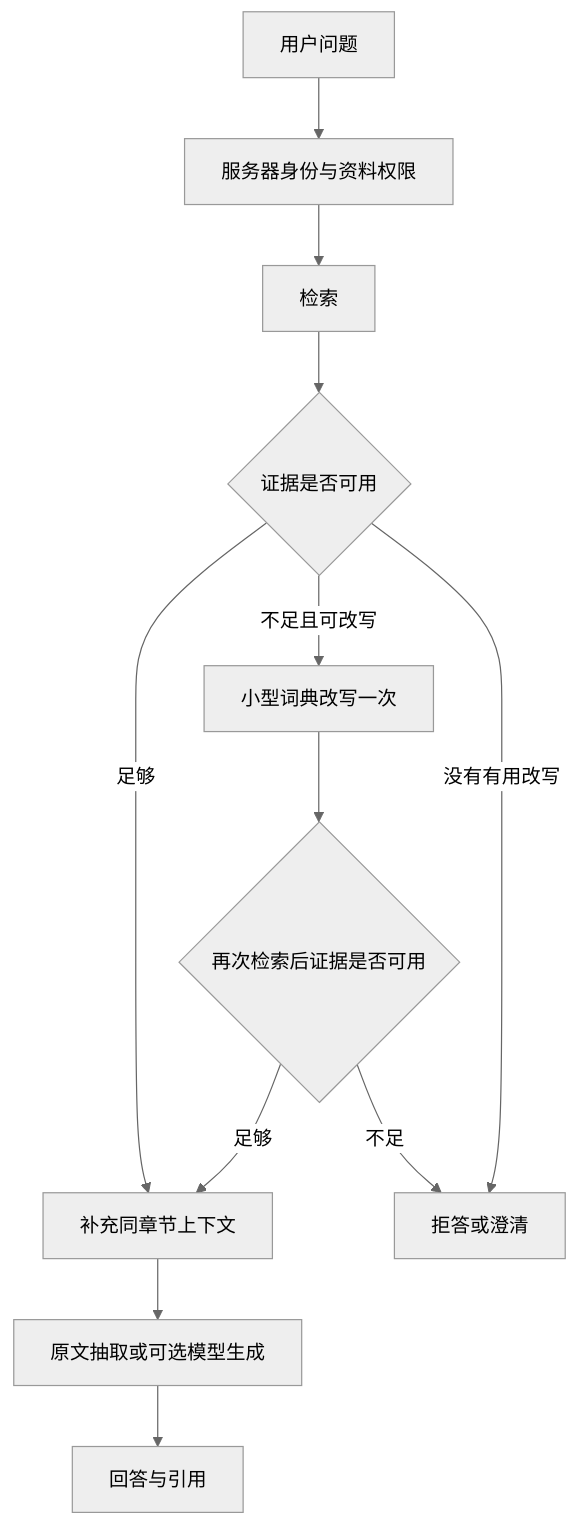
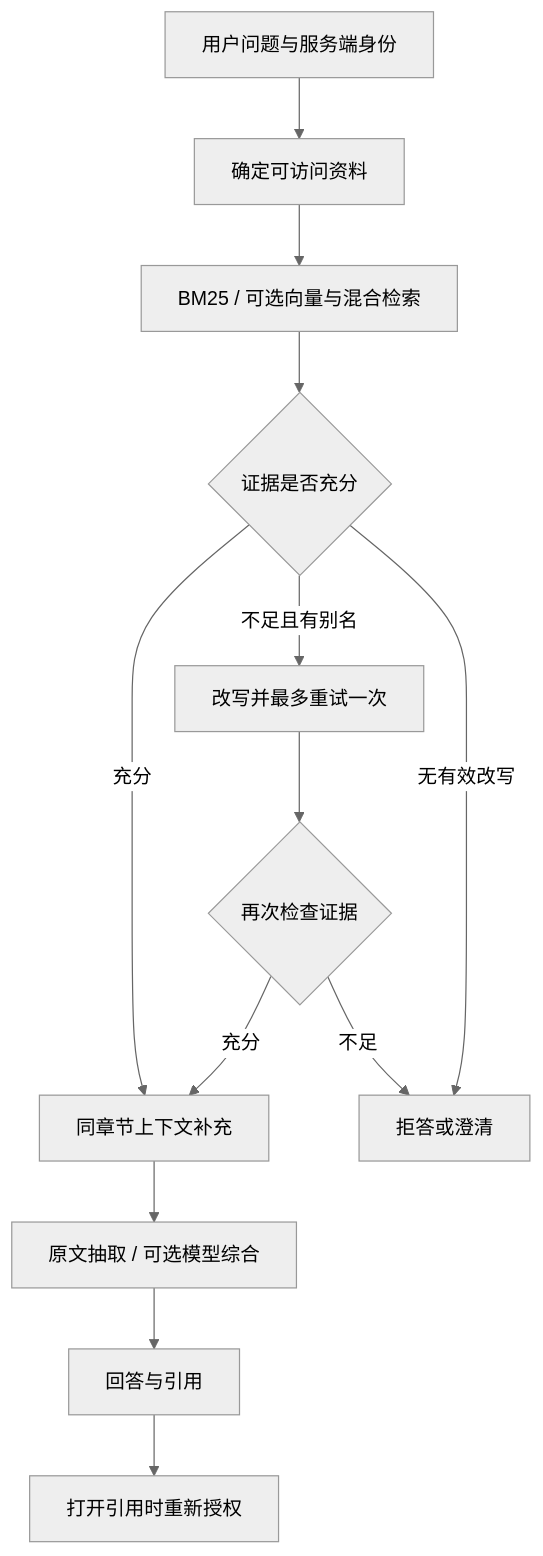
The diagram in README.md (zongemory-spec/enterprise-rag-agent), drawn with Mermaid (neutral theme) before and after one commit. The commit also changed other lines of this file, not shown here.

````diff
--- a/README.md
+++ b/README.md
@@ -42,14 +58,15 @@
 ```mermaid
 flowchart TD
-  Q[用户问题] --> A[服务器身份与资料权限]
-  A --> R[检索]
-  R --> E{证据是否可用}
-  E -->|足够| C[补充同章节上下文]
-  E -->|不足且可改写| W[小型词典改写一次]
-  W --> R2{再次检索后证据是否可用}
-  R2 -->|足够| C
-  R2 -->|不足| F[拒答或澄清]
-  E -->|没有有用改写| F
-  C --> G[原文抽取或可选模型生成]
-  G --> O[回答与引用]
+    Q[用户问题与服务端身份] --> A[确定可访问资料]
+    A --> R[BM25 / 可选向量与混合检索]
+    R --> E{证据是否充分}
+    E -->|充分| C[同章节上下文补充]
+    E -->|不足且有别名| W[改写并最多重试一次]
+    W --> E2{再次检查证据}
+    E2 -->|充分| C
+    E2 -->|不足| F[拒答或澄清]
+    E -->|无有效改写| F
+    C --> G[原文抽取 / 可选模型综合]
+    G --> O[回答与引用]
+    O --> V[打开引用时重新授权]
 ```
````
